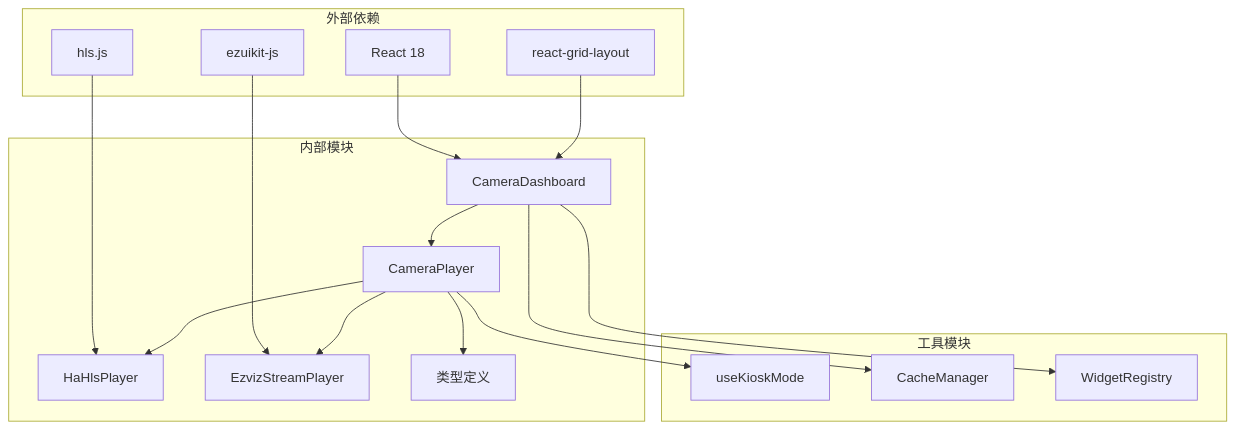
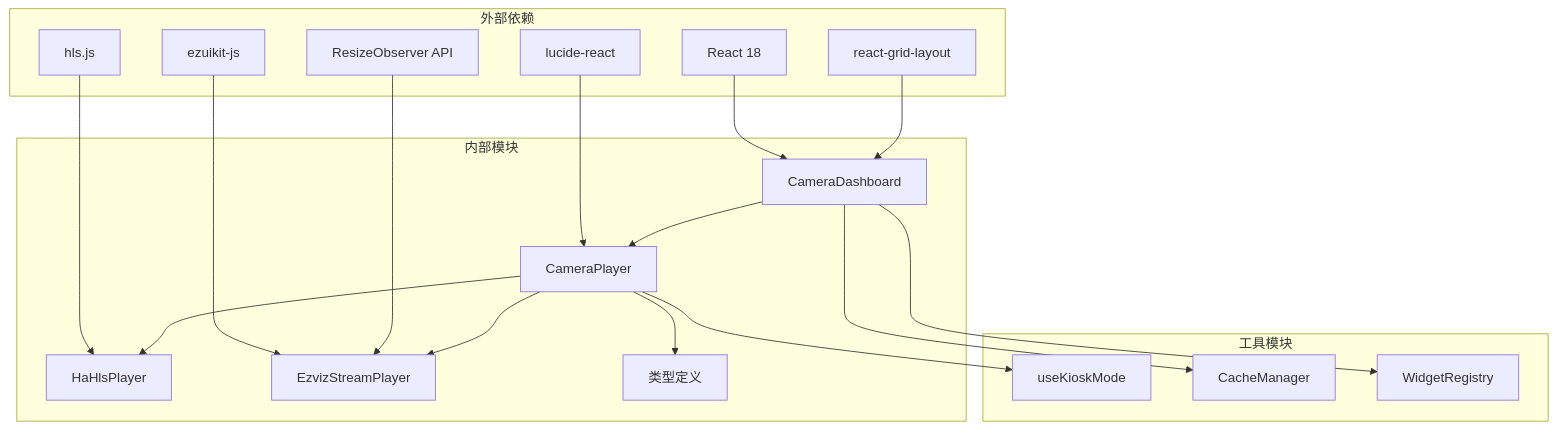
One commit to skyeyinkun/HAUI changed diagram 14 of 15 in .qoder/repowiki/zh/content/摄像头监控系统/视频播放器实现.md. Above: the diagram before and after it, drawn with Mermaid. The commit also changed other lines of this file and 23 other files, not shown here.

````diff
--- a/.qoder/repowiki/zh/content/摄像头监控系统/视频播放器实现.md
+++ b/.qoder/repowiki/zh/content/摄像头监控系统/视频播放器实现.md
@@ -405,32 +523,36 @@
 ```mermaid
 graph TB
 subgraph "外部依赖"
 React[React 18]
 HLSJS[hls.js]
 EZUIKit[ezuikit-js]
 GridLayout[react-grid-layout]
+LucideReact[lucide-react]
+ResizeObserver[ResizeObserver API]
 end
 subgraph "内部模块"
 CameraDashboard[CameraDashboard]
 CameraPlayer[CameraPlayer]
 HaHlsPlayer[HaHlsPlayer]
 EzvizStreamPlayer[EzvizStreamPlayer]
 Types[类型定义]
 end
 subgraph "工具模块"
 KioskHook[useKioskMode]
 CacheManager[CacheManager]
 WidgetRegistry[WidgetRegistry]
 end
 React --> CameraDashboard
 HLSJS --> HaHlsPlayer
 EZUIKit --> EzvizStreamPlayer
 GridLayout --> CameraDashboard
+LucideReact --> CameraPlayer
+ResizeObserver --> EzvizStreamPlayer
 CameraDashboard --> CameraPlayer
 CameraPlayer --> HaHlsPlayer
 CameraPlayer --> EzvizStreamPlayer
 CameraPlayer --> Types
 CameraDashboard --> WidgetRegistry
 CameraPlayer --> KioskHook
 CameraDashboard --> CacheManager
 ```
````
